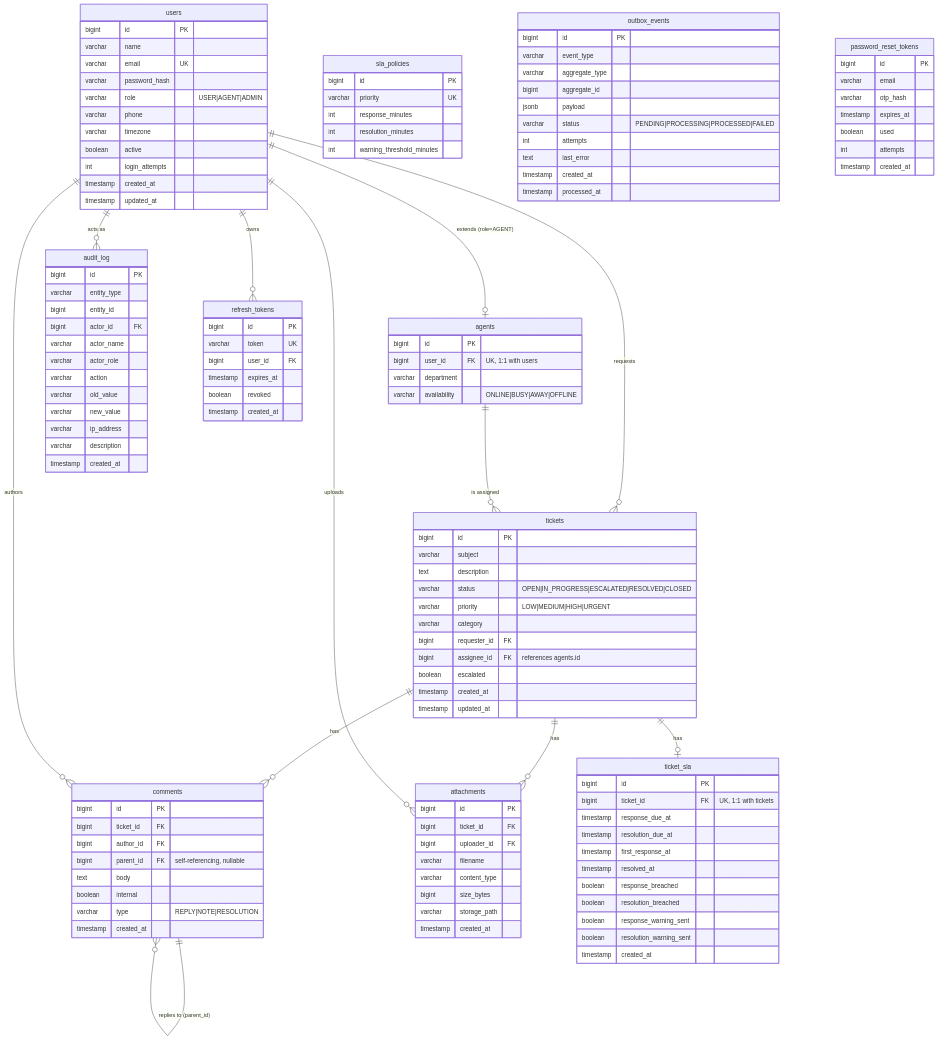
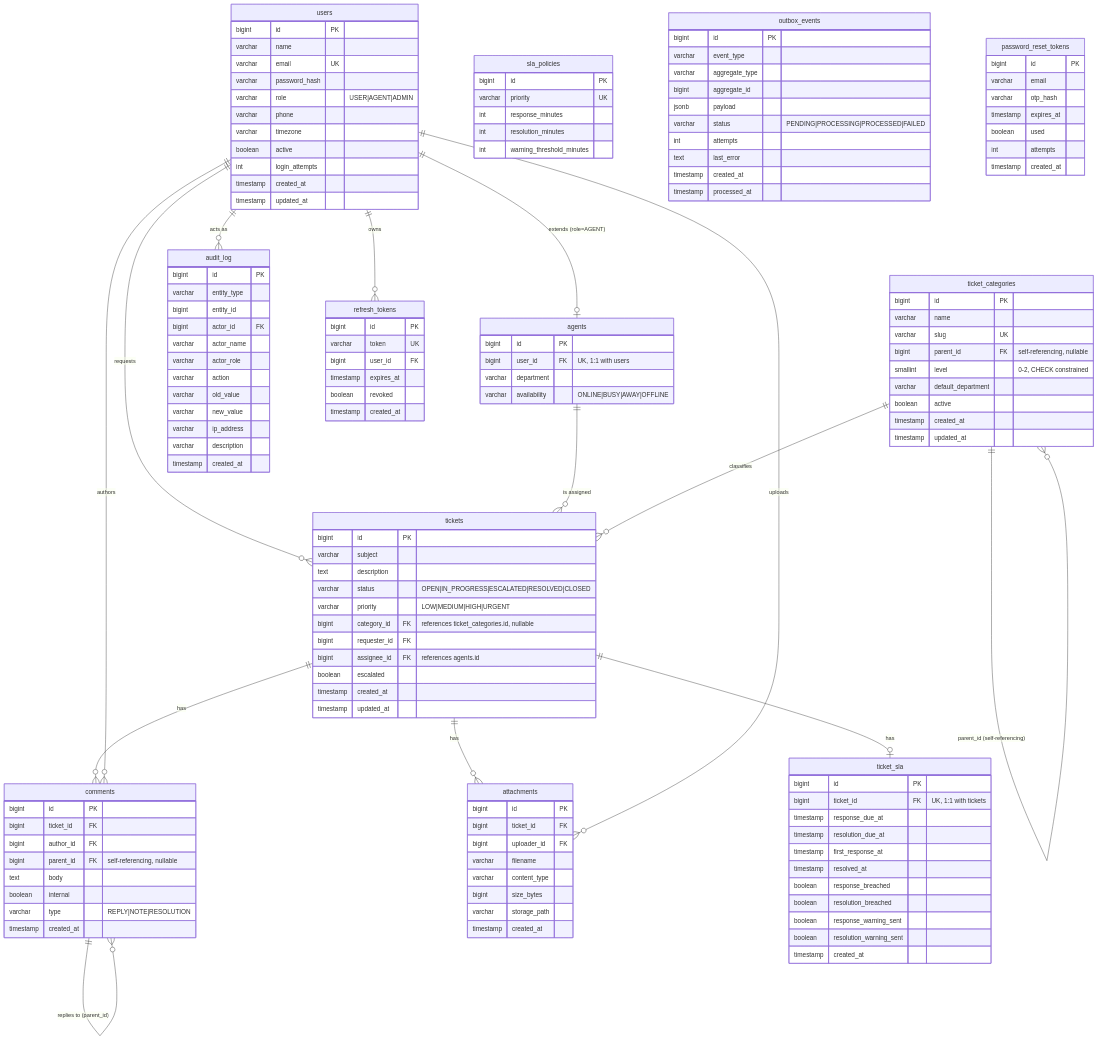
Before and after one commit to Mosotho888/GovHelp_Desk: the diagram in docs/database/database.md, drawn with Mermaid. The commit also changed other lines of this file and 6 other files, not shown here.

First line of the commit message:
Docs: ADR 0006, database/API reference, C4 component table, README, and CHANGELOG updated to reflect the new schema and endpoints.

```diff
--- a/docs/database/database.md
+++ b/docs/database/database.md
@@ -11,6 +11,8 @@
     users ||--o| agents: "extends (role=AGENT)"
     users ||--o{ tickets: "requests"
     agents ||--o{ tickets: "is assigned"
+    ticket_categories ||--o{ tickets: "classifies"
+    ticket_categories ||--o{ ticket_categories: "parent_id (self-referencing)"
     tickets ||--o{ comments: "has"
     comments ||--o{ comments: "replies to (parent_id)"
     users ||--o{ comments: "authors"
@@ -41,13 +43,25 @@
         varchar availability "ONLINE|BUSY|AWAY|OFFLINE"
     }
 
+    ticket_categories {
+        bigint id PK
+        varchar name
+        varchar slug UK
+        bigint parent_id FK "self-referencing, nullable"
+        smallint level "0-2, CHECK constrained"
+        varchar default_department
+        boolean active
+        timestamp created_at
+        timestamp updated_at
+    }
+
     tickets {
         bigint id PK
         varchar subject
         text description
         varchar status "OPEN|IN_PROGRESS|ESCALATED|RESOLVED|CLOSED"
         varchar priority "LOW|MEDIUM|HIGH|URGENT"
-        varchar category
+        bigint category_id FK "references ticket_categories.id, nullable"
         bigint requester_id FK
         bigint assignee_id FK "references agents.id"
         boolean escalated
```
